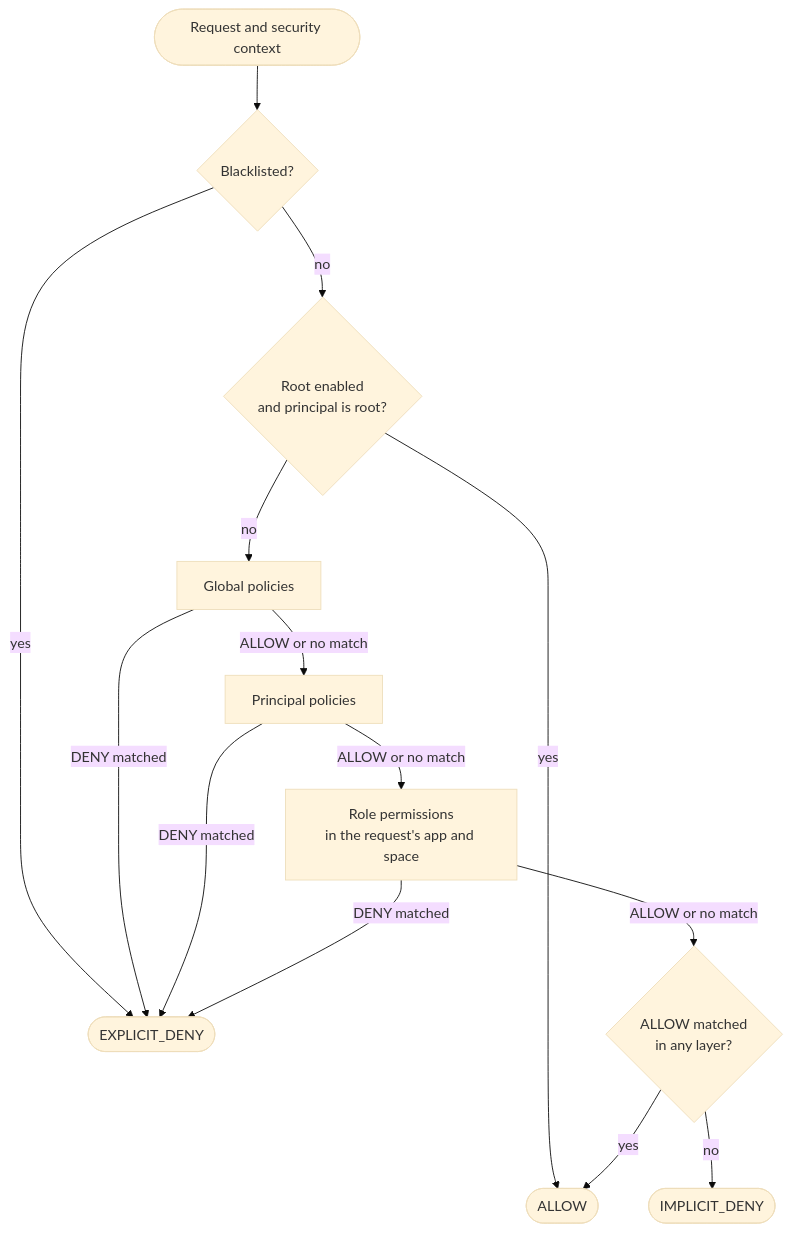
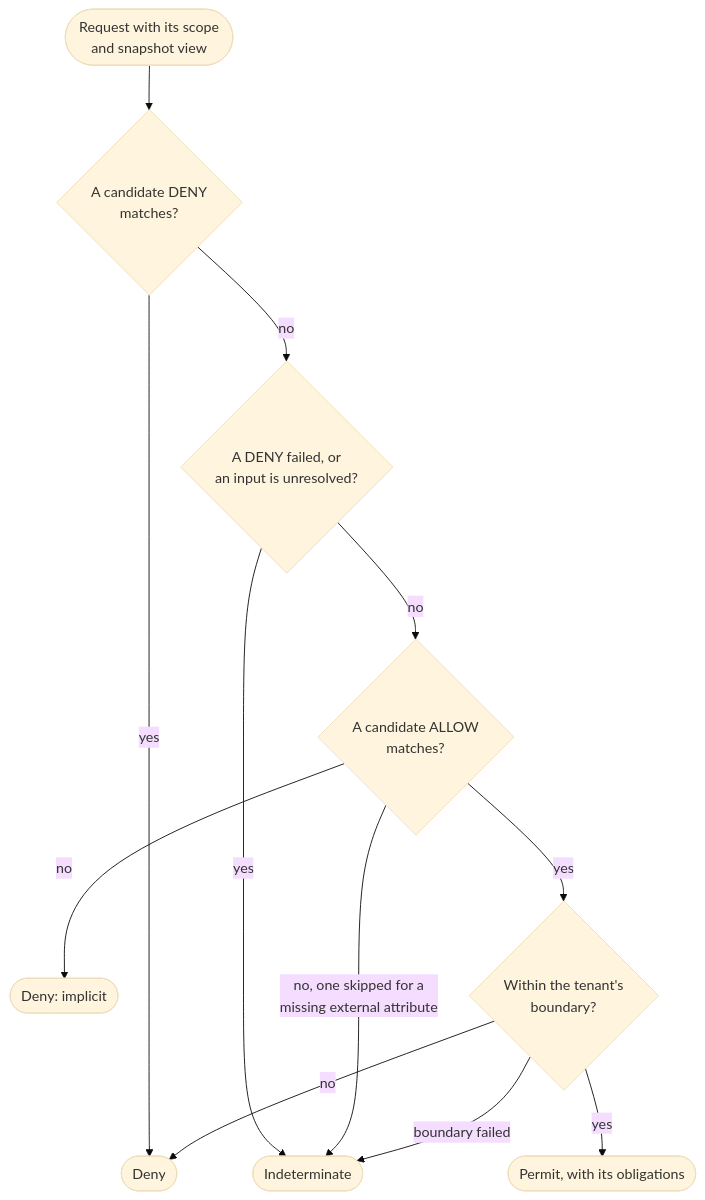
Before and after one commit to Ahoo-Wang/CoSec: the diagram in wiki/guide/security-model.md, drawn with Mermaid (base theme). The commit also changed other lines of this file and 54 other files, not shown here.

````diff
--- a/wiki/guide/security-model.md
+++ b/wiki/guide/security-model.md
@@ -23,16 +43,14 @@
 ```mermaid
 flowchart TD
-    REQ([Request and security context]) --> BL{Blacklisted?}
-    BL -->|yes| ED([EXPLICIT_DENY])
-    BL -->|no| ROOT{Root enabled<br>and principal is root?}
-    ROOT -->|yes| AL([ALLOW])
-    ROOT -->|no| G[Global policies]
-    G -->|DENY matched| ED
-    G -->|ALLOW or no match| P[Principal policies]
-    P -->|DENY matched| ED
-    P -->|ALLOW or no match| R[Role permissions<br>in the request's app and space]
-    R -->|DENY matched| ED
-    R -->|ALLOW or no match| ANY{ALLOW matched<br>in any layer?}
-    ANY -->|yes| AL
-    ANY -->|no| ID([IMPLICIT_DENY])
+    REQ([Request with its scope<br>and snapshot view]) --> DP{A candidate DENY<br>matches?}
+    DP -->|yes| DENY([Deny])
+    DP -->|no| ERR{A DENY failed, or<br>an input is unresolved?}
+    ERR -->|yes| IND([Indeterminate])
+    ERR -->|no| AP{A candidate ALLOW<br>matches?}
+    AP -->|no, one skipped for a<br>missing external attribute| IND
+    AP -->|no| IMP([Deny: implicit])
+    AP -->|yes| BD{Within the tenant's<br>boundary?}
+    BD -->|yes| PERMIT([Permit, with its obligations])
+    BD -->|no| DENY
+    BD -->|boundary failed| IND
 ```
````
